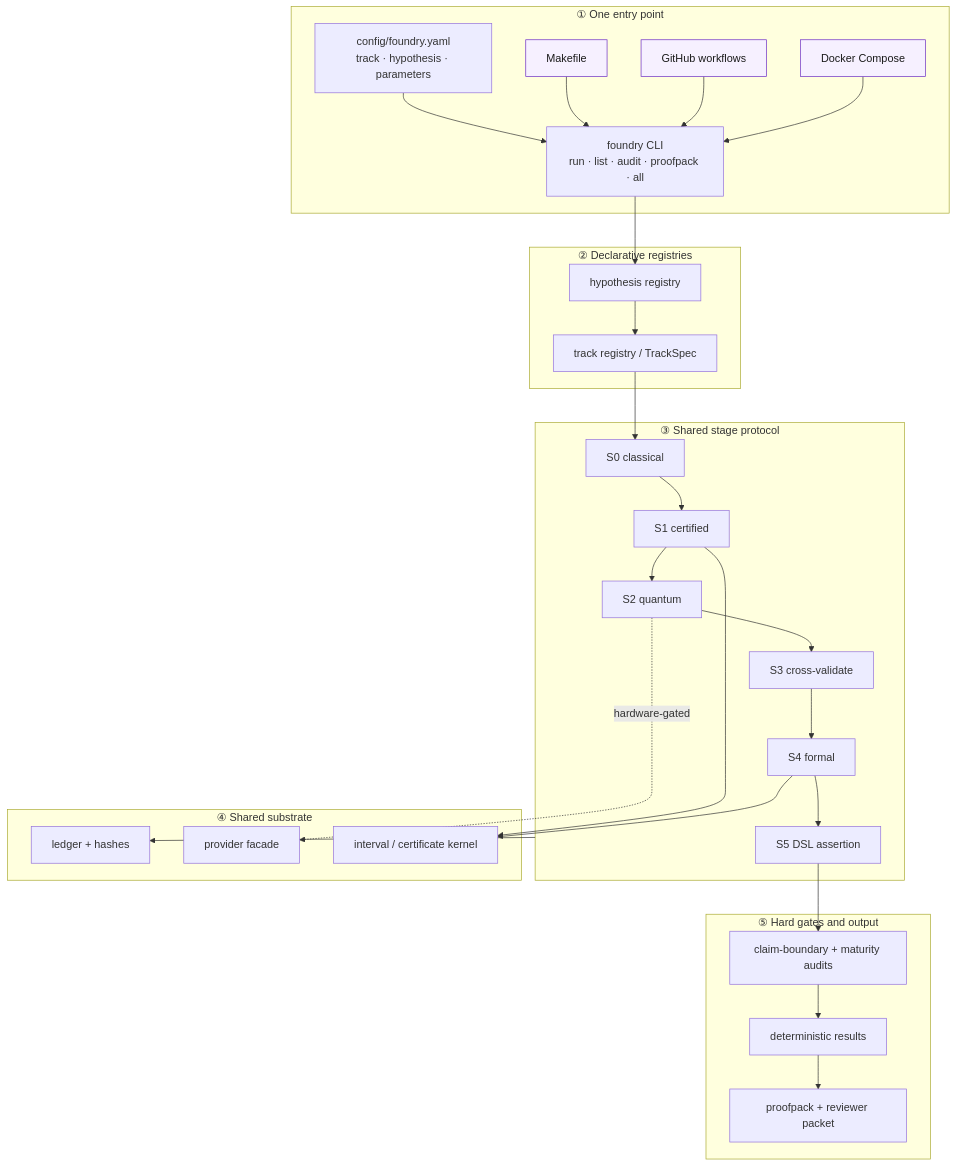
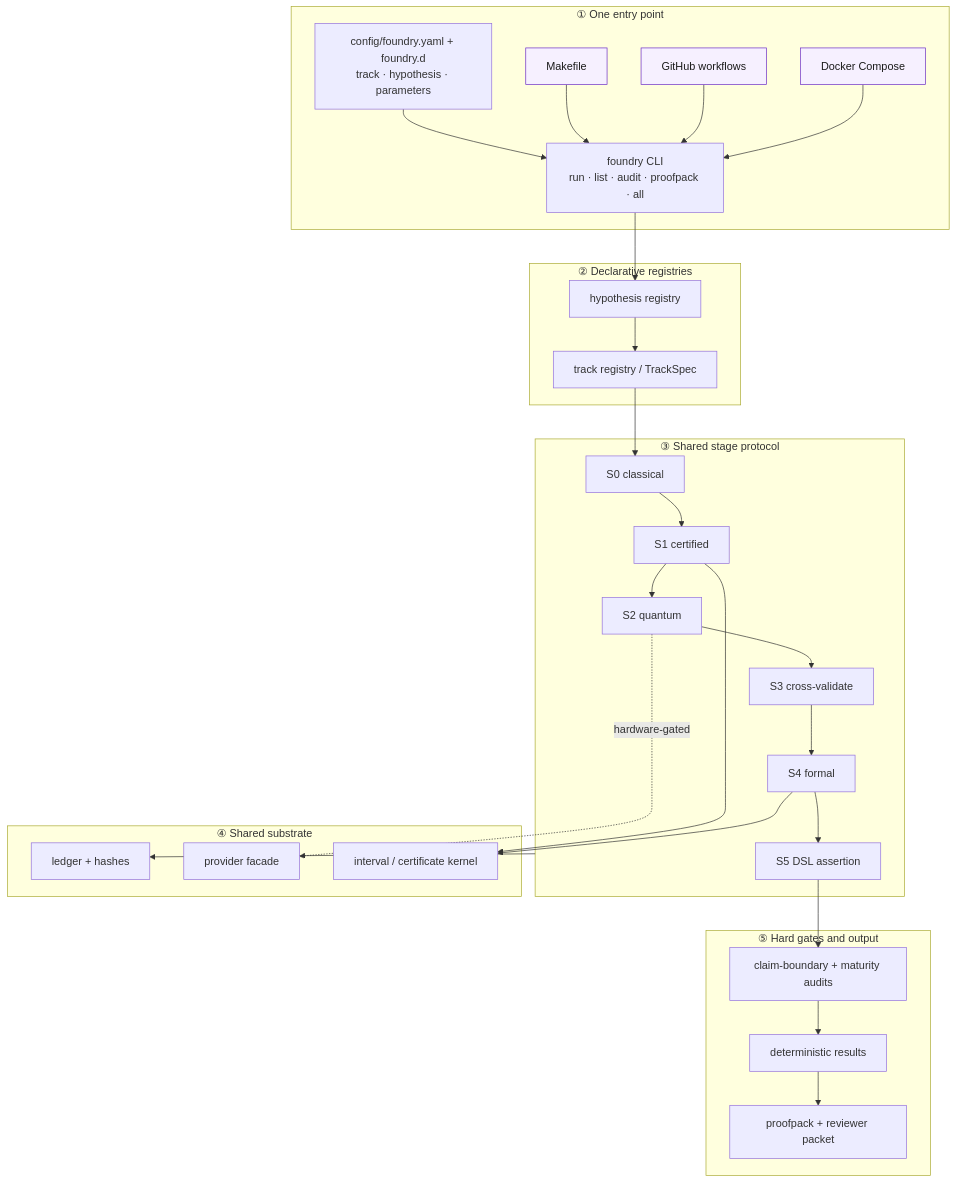
One commit to XioAISolutions/gaugegap-foundry changed the diagram in README.md. Above: the diagram before and after it, drawn with Mermaid. The commit also changed other lines of this file, not shown here.

````diff
--- a/README.md
+++ b/README.md
@@ -34,51 +34,51 @@
 ```mermaid
 flowchart TB
     subgraph ENTRY["① One entry point"]
-        CFG["config/foundry.yaml<br/>track · hypothesis · parameters"]
+        CFG["config/foundry.yaml + foundry.d<br/>track · hypothesis · parameters"]
         CLI["foundry CLI<br/>run · list · audit · proofpack · all"]
         MK["Makefile"]:::thin
         CI["GitHub workflows"]:::thin
         DK["Docker Compose"]:::thin
         CFG --> CLI
         MK --> CLI
         CI --> CLI
         DK --> CLI
     end
 
     subgraph REG["② Declarative registries"]
         H["hypothesis registry"]
         T["track registry / TrackSpec"]
         H --> T
     end
     CLI --> H
 
     subgraph ORCH["③ Shared stage protocol"]
         S0["S0 classical"]
         S1["S1 certified"]
         S2["S2 quantum"]
         S3["S3 cross-validate"]
         S4["S4 formal"]
         S5["S5 DSL assertion"]
         S0 --> S1 --> S2 --> S3 --> S4 --> S5
     end
     T --> S0
 
     subgraph SUB["④ Shared substrate"]
         L["ledger + hashes"]
         P["provider facade"]
         C["interval / certificate kernel"]
     end
     S2 -. hardware-gated .-> P
     S1 --> C
     S4 --> C
     ORCH --> L
 
     subgraph OUT["⑤ Hard gates and output"]
         A["claim-boundary + maturity audits"]
         R["deterministic results"]
         PP["proofpack + reviewer packet"]
         S5 --> A --> R --> PP
     end
 
     classDef thin fill:#f6f0ff,stroke:#6929c4,color:#1a1a1a;
 ```
````
